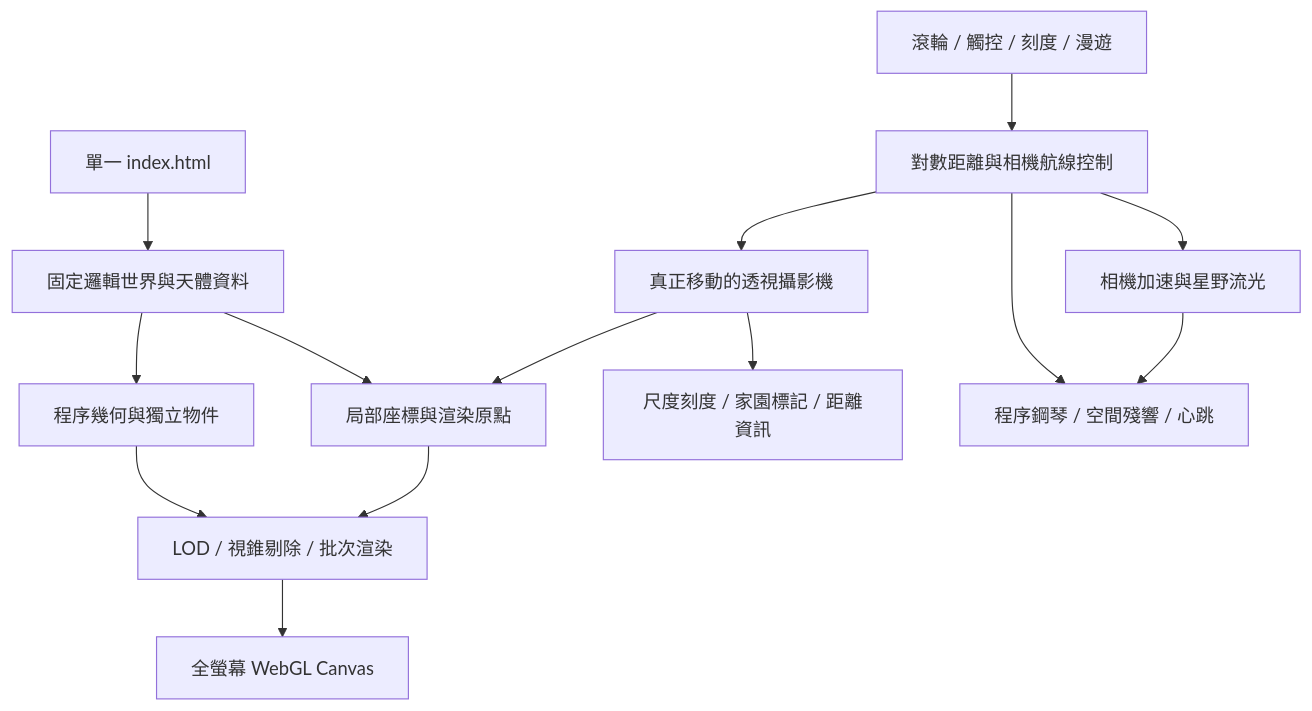
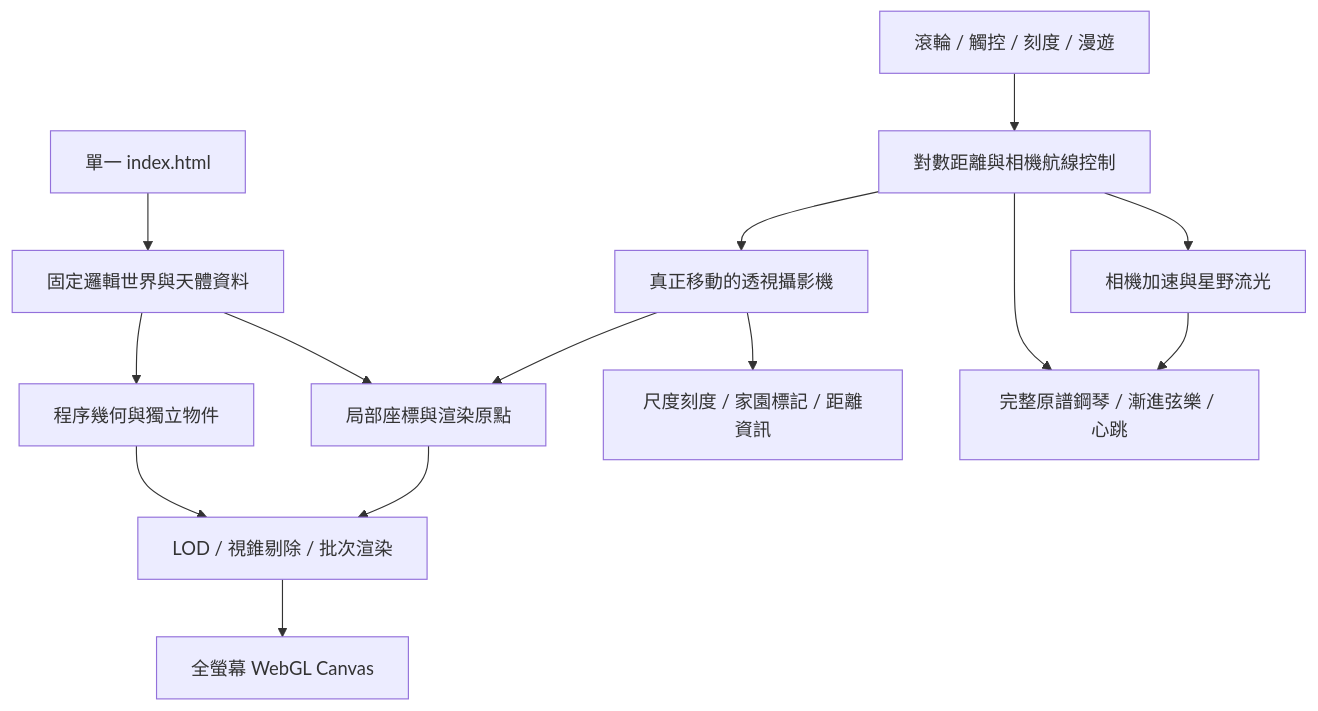
The diagram in spec.md (zhi816/Main-), drawn with Mermaid before and after one commit. The commit also changed other lines of this file and 1 other file, not shown here.

```diff
--- a/spec.md
+++ b/spec.md
@@ -115,16 +115,16 @@
 ~~~mermaid
 flowchart TD
     HTML[單一 index.html] --> World[固定邏輯世界與天體資料]
     World --> Geometry[程序幾何與獨立物件]
     Input[滾輪 / 觸控 / 刻度 / 漫遊] --> Dolly[對數距離與相機航線控制]
     Dolly --> Camera[真正移動的透視攝影機]
     World --> Precision[局部座標與渲染原點]
     Camera --> Precision
     Geometry --> LOD[LOD / 視錐剔除 / 批次渲染]
     Precision --> LOD
     LOD --> Canvas[全螢幕 WebGL Canvas]
     Camera --> HUD[尺度刻度 / 家園標記 / 距離資訊]
     Dolly --> Warp[相機加速與星野流光]
-    Dolly --> Audio[程序鋼琴 / 空間殘響 / 心跳]
+    Dolly --> Audio[完整原譜鋼琴 / 漸進弦樂 / 心跳]
     Warp --> Audio
 ~~~
```
